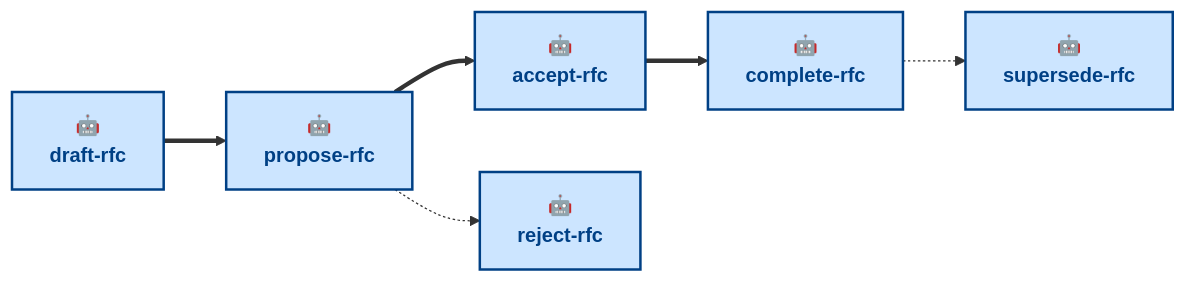
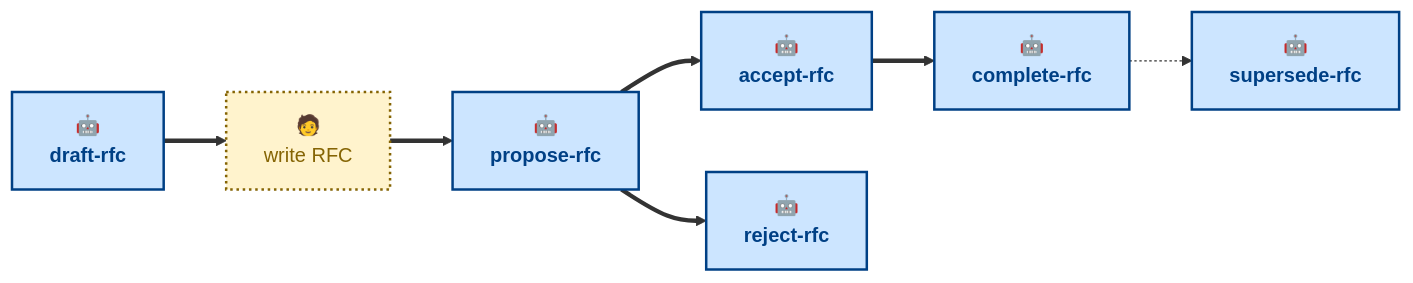
Before and after one commit to kieranpotts/rfc: the diagram in .agents/skills/README.md, drawn with Mermaid. The commit also changed other lines of this file and 6 other files, not shown here.

````diff
--- a/.agents/skills/README.md
+++ b/.agents/skills/README.md
@@ -35,19 +38,21 @@
 ```mermaid
 flowchart LR
   draft["🤖<br/><b>draft-rfc</b>"]:::agentic
+  write["🧑<br/>write RFC"]:::anthropic
   propose["🤖<br/><b>propose-rfc</b>"]:::agentic
   accept["🤖<br/><b>accept-rfc</b>"]:::agentic
   reject["🤖<br/><b>reject-rfc</b>"]:::agentic
   complete["🤖<br/><b>complete-rfc</b>"]:::agentic
   supersede["🤖<br/><b>supersede-rfc</b>"]:::agentic
 
-  draft ==> propose
+  draft ==> write
+  write ==> propose
   propose ==> accept
   accept ==> complete
   complete -.-> supersede
-  propose -.-> reject
+  propose ==> reject
 
   classDef agentic fill:#cce5ff,stroke:#004085,color:#004085,stroke-width:2px
   classDef scripted fill:#e2e3e5,stroke:#4b5157,color:#383d41,stroke-width:2px
   classDef anthropic fill:#fff3cd,stroke:#856404,color:#856404,stroke-width:2px,stroke-dasharray:2 3
 ```
````
